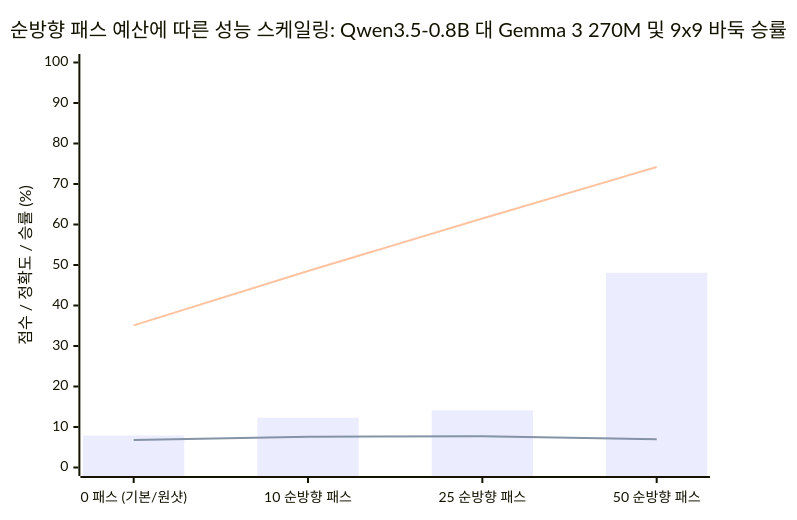
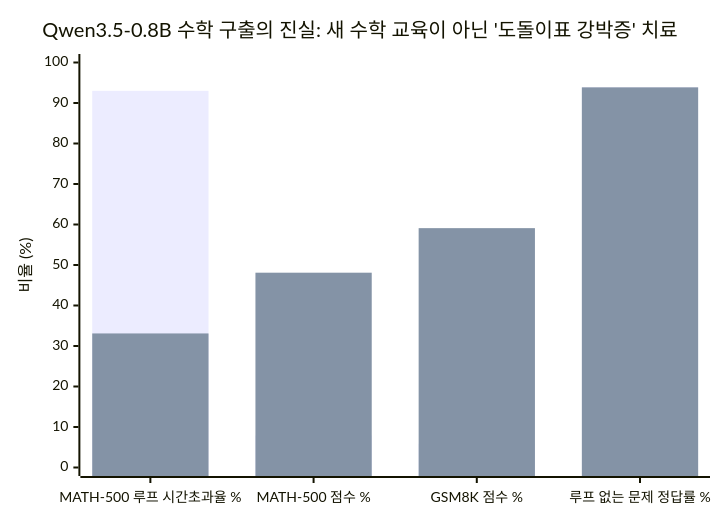
Before and after one commit to duksaramio/myblog-2026: the second of 2 diagrams in src/content/blog_ko/2026-11-02-sparks-of-weight-space-programming-gpt-6-astra-neural-compiler-creativity-deep-dive.md, drawn with Mermaid. The commit also changed other lines of this file and 3 other files, not shown here.

````diff
--- a/src/content/blog_ko/2026-11-02-sparks-of-weight-space-programming-gpt-6-astra-neural-compiler-creativity-deep-dive.md
+++ b/src/content/blog_ko/2026-11-02-sparks-of-weight-space-programming-gpt-6-astra-neural-compiler-creativity-deep-dive.md
@@ -131,9 +138,8 @@
 ```mermaid
 xychart-beta
-    title "순방향 패스 예산에 따른 성능 스케일링: Qwen3.5-0.8B 대 Gemma 3 270M 및 9x9 바둑 승률"
-    x-axis ["0 패스 (기본/원샷)", "10 순방향 패스", "25 순방향 패스", "50 순방향 패스"]
-    y-axis "점수 / 정확도 / 승률 (%)" 0 --> 100
-    bar [7.9, 12.3, 14.1, 48.1]
-    line [6.8, 7.6, 7.7, 7.0]
-    line [35.1, 48.5, 61.5, 74.2]
+    title "Qwen3.5-0.8B 수학 구출의 진실: 새 수학 교육이 아닌 '도돌이표 강박증' 치료"
+    x-axis ["MATH-500 루프 시간초과율 %", "MATH-500 점수 %", "GSM8K 점수 %", "루프 없는 문제 정답률 %"]
+    y-axis "비율 (%)" 0 --> 100
+    bar [93.0, 7.9, 5.9, 93.86]
+    bar [33.1, 48.1, 59.1, 93.86]
 ```
````
